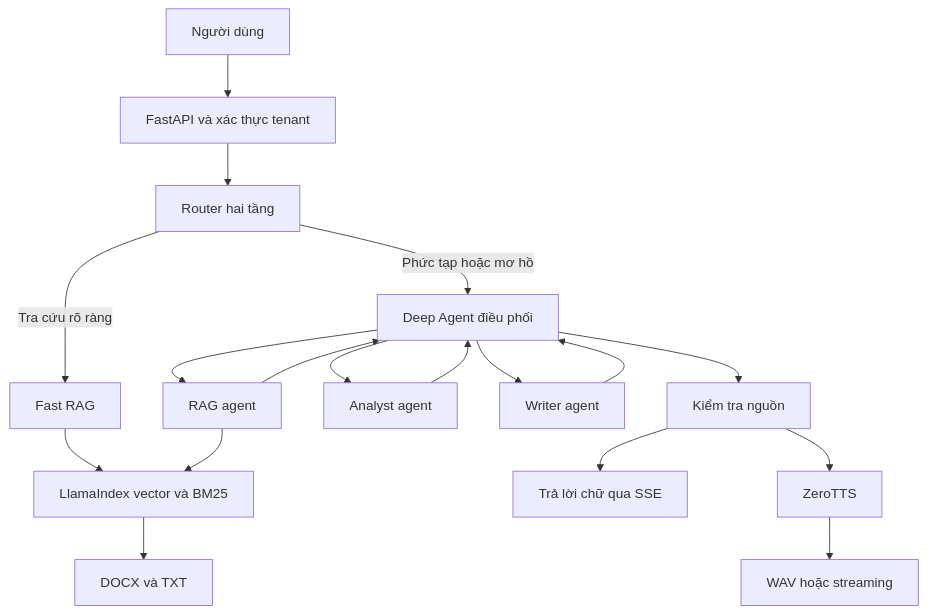
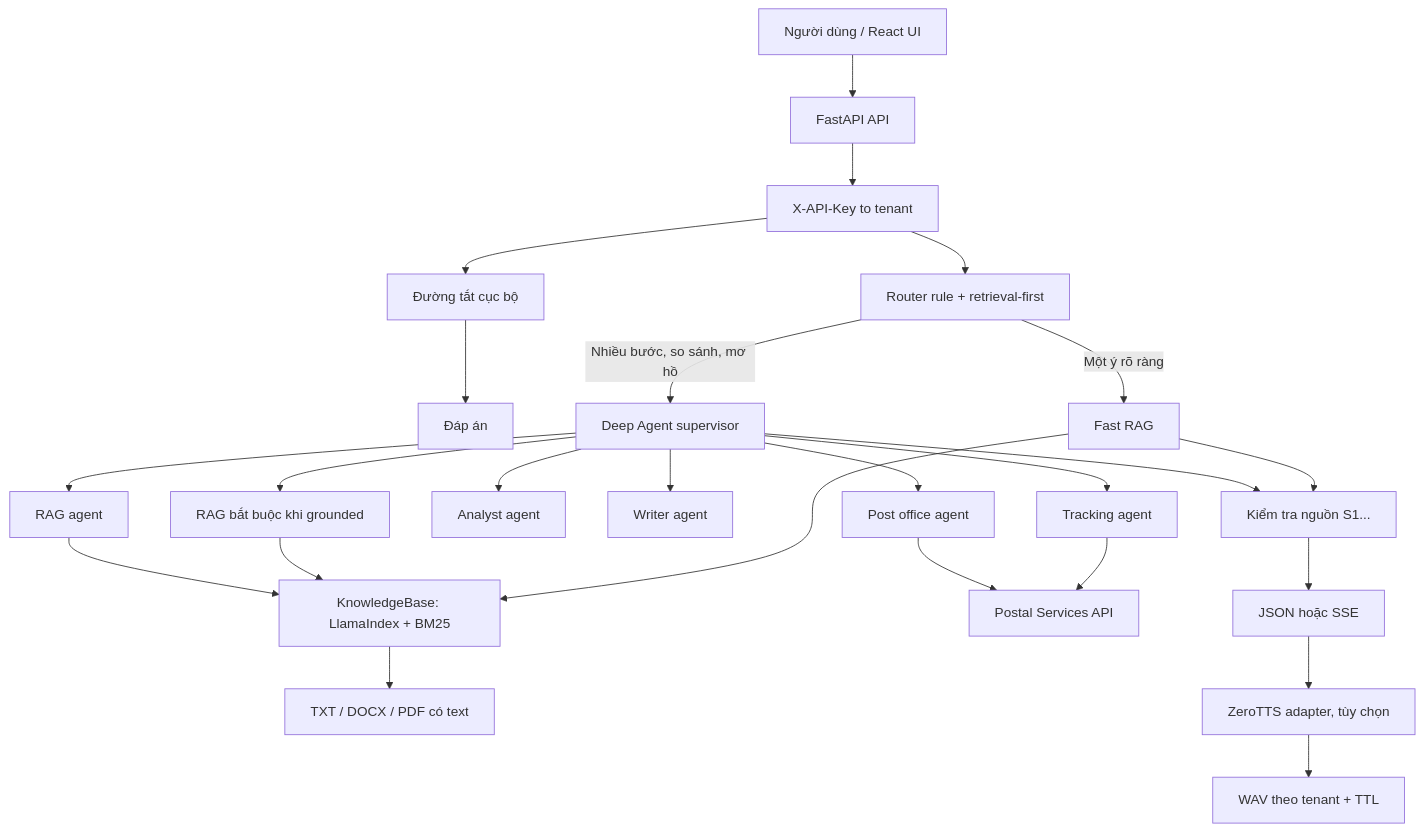
The diagram in docs/ARCHITECTURE.md (dinhhthanhh/vnpost_deepagent), drawn with Mermaid before and after one commit. The commit also changed other lines of this file and 47 other files, not shown here.

````diff
--- a/docs/ARCHITECTURE.md
+++ b/docs/ARCHITECTURE.md
@@ -9,20 +9,27 @@
 ```mermaid
 flowchart TD
-    U["Người dùng"] --> API["FastAPI và xác thực tenant"]
-    API --> RT["Router hai tầng"]
-    RT -->|Tra cứu rõ ràng| F["Fast RAG"]
-    RT -->|Phức tạp hoặc mơ hồ| H["Deep Agent điều phối"]
-    F --> KB
-    H --> R["RAG agent"]
-    H --> A["Analyst agent"]
-    H --> W["Writer agent"]
-    R --> KB["LlamaIndex vector và BM25"]
-    KB --> D["DOCX và TXT"]
-    R --> H
-    A --> H
-    W --> H
-    H --> G["Kiểm tra nguồn"]
-    G --> T["Trả lời chữ qua SSE"]
-    G --> S["ZeroTTS"]
-    S --> V["WAV hoặc streaming"]
+    U[Người dùng / React UI] --> API[FastAPI API]
+    API --> AUTH[X-API-Key to tenant]
+    AUTH --> FP[Đường tắt cục bộ]
+    AUTH --> RT[Router rule + retrieval-first]
+    FP --> OUT[Đáp án]
+    RT -->|Một ý rõ ràng| FAST[Fast RAG]
+    RT -->|Nhiều bước, so sánh, mơ hồ| DEEP[Deep Agent supervisor]
+    FAST --> KB
+    DEEP --> PREFETCH[RAG bắt buộc khi grounded]
+    PREFETCH --> KB
+    DEEP --> RAG[RAG agent]
+    DEEP --> ANA[Analyst agent]
+    DEEP --> WR[Writer agent]
+    DEEP --> TRK[Tracking agent]
+    DEEP --> PO[Post office agent]
+    RAG --> KB[KnowledgeBase: LlamaIndex + BM25]
+    TRK --> POSTAL[Postal Services API]
+    PO --> POSTAL
+    KB --> DOC[TXT / DOCX / PDF có text]
+    FAST --> CHECK[Kiểm tra nguồn S1...]
+    DEEP --> CHECK
+    CHECK --> SSE[JSON hoặc SSE]
+    SSE --> TTS[ZeroTTS adapter, tùy chọn]
+    TTS --> AUDIO[WAV theo tenant + TTL]
 ```
````
